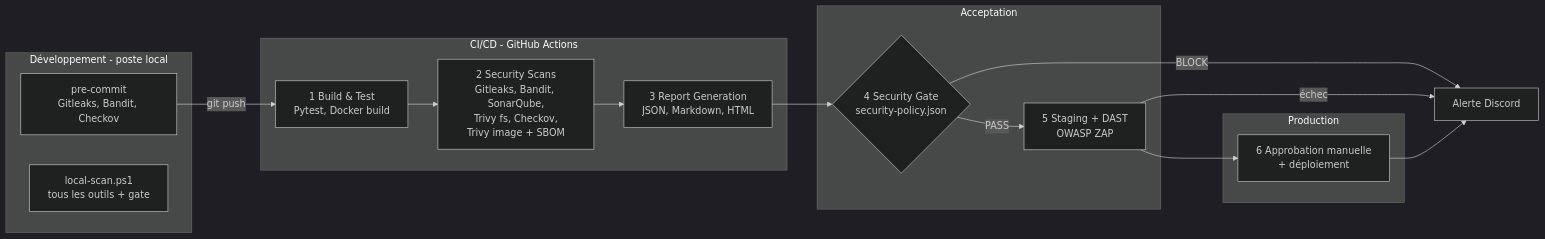
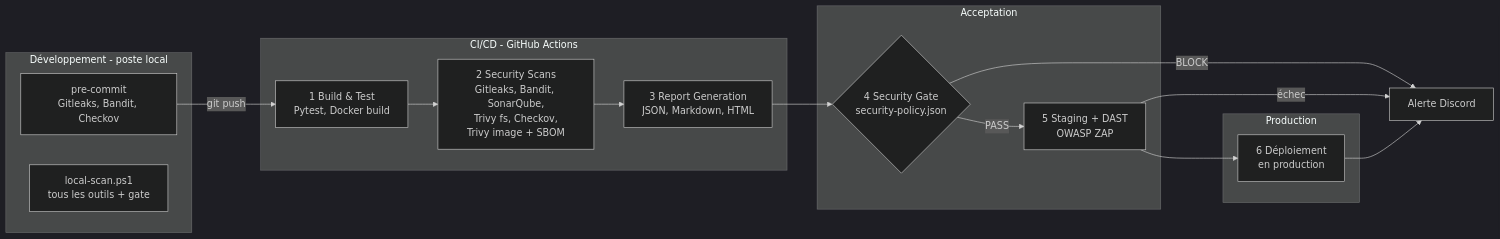
Before and after one commit to Omar-Abdelwahed/devsecops-project: the diagram in docs/report/02-architecture.md, drawn with Mermaid (dark theme). The commit also changed other lines of this file and 4 other files, not shown here.

````diff
--- a/docs/report/02-architecture.md
+++ b/docs/report/02-architecture.md
@@ -11,24 +11,24 @@
 ```mermaid
 flowchart LR
     subgraph DEV[Développement - poste local]
       PC[pre-commit<br/>Gitleaks, Bandit, Checkov]
       LS[local-scan.ps1<br/>tous les outils + gate]
     end
     subgraph CI[CI/CD - GitHub Actions]
       L1[1 Build & Test<br/>Pytest, Docker build]
       L2[2 Security Scans<br/>Gitleaks, Bandit, SonarQube,<br/>Trivy fs, Checkov,<br/>Trivy image + SBOM]
       L3[3 Report Generation<br/>JSON, Markdown, HTML]
     end
     subgraph ACC[Acceptation]
       L4{4 Security Gate<br/>security-policy.json}
       L5[5 Staging + DAST<br/>OWASP ZAP]
     end
     subgraph PROD[Production]
-      L6[6 Approbation manuelle<br/>+ déploiement]
+      L6[6 Déploiement<br/>en production]
     end
     PC -->|git push| L1 --> L2 --> L3 --> L4
     L4 -->|PASS| L5 --> L6
     L4 -->|BLOCK| AL[Alerte Discord]
     L5 -->|échec| AL
     L6 --> AL
 ```
````
